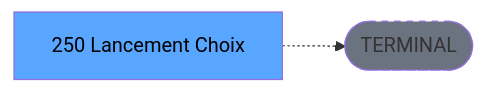
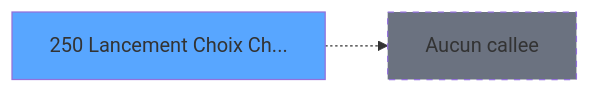
One commit to thonyAGP/lecteur-magic changed the third of 3 diagrams in .openspec/specs/ADH-IDE-250.md. Above: the diagram before and after it, drawn with Mermaid. The commit also changed other lines of this file and 96 other files, not shown here.

````diff
--- a/.openspec/specs/ADH-IDE-250.md
+++ b/.openspec/specs/ADH-IDE-250.md
@@ -134,8 +152,8 @@
 ```mermaid
 graph LR
-    T[250 Lancement Choix]
-    TERM([TERMINAL])
-    T -.-> TERM
-    style TERM fill:#6b7280,stroke-dasharray: 5 5
-    style T fill:#58a6ff,color:#000
+    T250[250 Lancement Choix Ch...]
+    style T250 fill:#58a6ff
+    NONE[Aucun callee]
+    T250 -.-> NONE
+    style NONE fill:#6b7280,stroke-dasharray: 5 5
 ```
````
